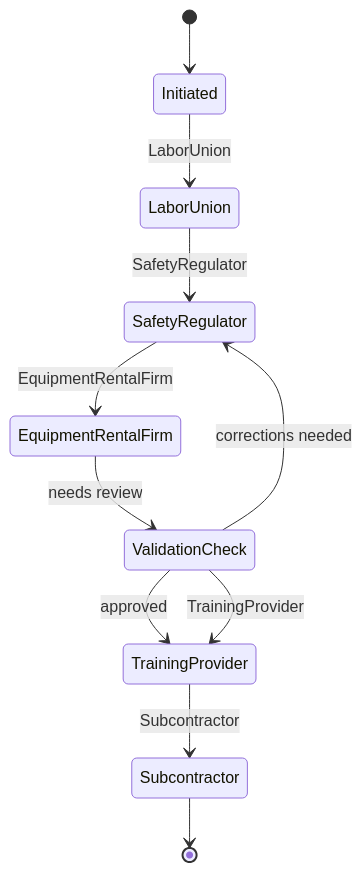
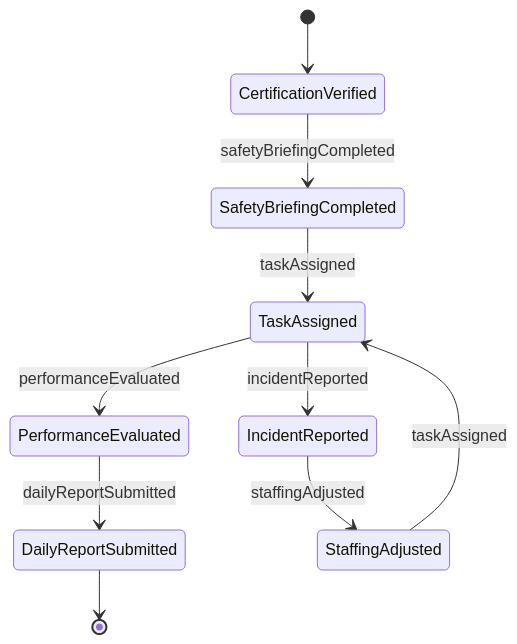
One commit to dot-org-ai/tasks.org.ai changed the second of 4 diagrams in GuidingDirectingAndMotivatingSubordinates/DirectConstructionOrExtractionActivities/DirectConstructionExtractionPersonnel.mdx. Above: the diagram before and after it, drawn with Mermaid. The commit also changed other lines of this file and 515 other files, not shown here.

````diff
--- a/GuidingDirectingAndMotivatingSubordinates/DirectConstructionOrExtractionActivities/DirectConstructionExtractionPersonnel.mdx
+++ b/GuidingDirectingAndMotivatingSubordinates/DirectConstructionOrExtractionActivities/DirectConstructionExtractionPersonnel.mdx
@@ -101,13 +100,12 @@
 ```mermaid
 stateDiagram-v2
-    [*] --> Initiated
-    Initiated --> LaborUnion: LaborUnion
-    LaborUnion --> SafetyRegulator: SafetyRegulator
-    SafetyRegulator --> EquipmentRentalFirm: EquipmentRentalFirm
-    EquipmentRentalFirm --> ValidationCheck: needs review
-    ValidationCheck --> SafetyRegulator: corrections needed
-    ValidationCheck --> TrainingProvider: approved
-    ValidationCheck --> TrainingProvider: TrainingProvider
-    TrainingProvider --> Subcontractor: Subcontractor
-    Subcontractor --> [*]
+    [*] --> CertificationVerified
+    CertificationVerified --> SafetyBriefingCompleted : safetyBriefingCompleted
+    SafetyBriefingCompleted --> TaskAssigned : taskAssigned
+    TaskAssigned --> PerformanceEvaluated : performanceEvaluated
+    PerformanceEvaluated --> DailyReportSubmitted : dailyReportSubmitted
+    TaskAssigned --> IncidentReported : incidentReported
+    IncidentReported --> StaffingAdjusted : staffingAdjusted
+    StaffingAdjusted --> TaskAssigned : taskAssigned
+    DailyReportSubmitted --> [*]
 ```
````
